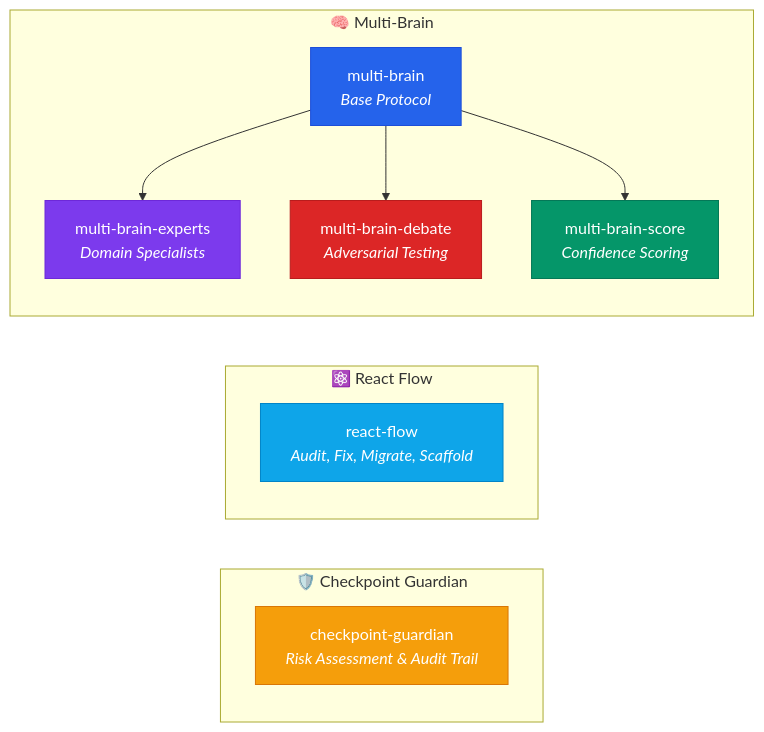
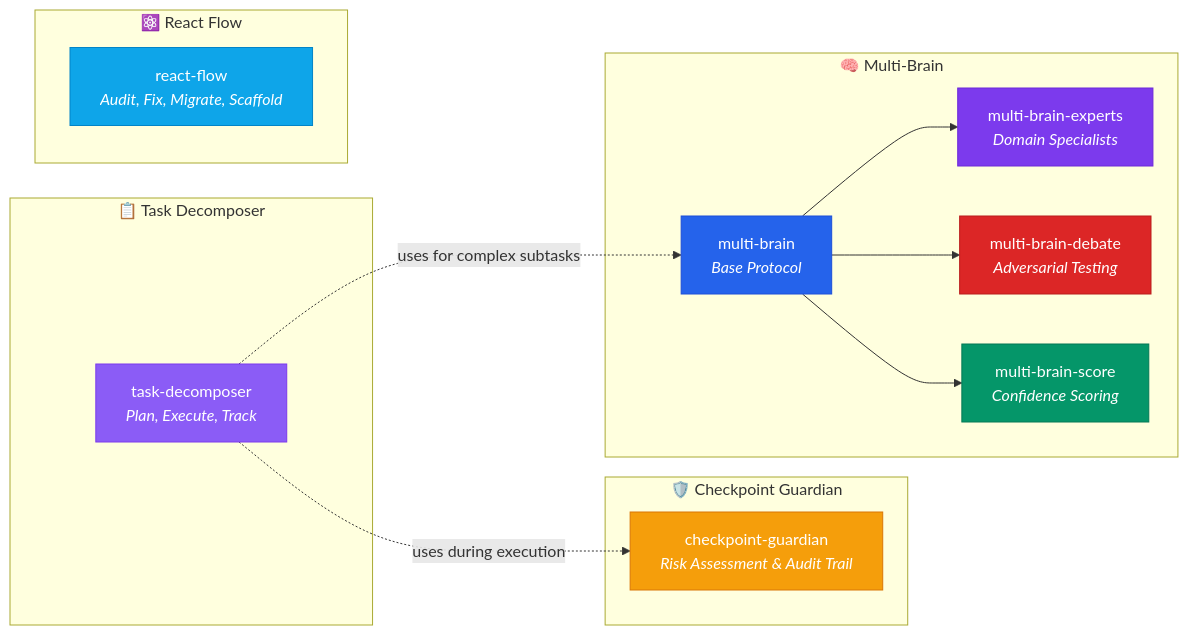
Before and after one commit to fatih-developer/fth-skills: the diagram in README.md, drawn with Mermaid. The commit also changed other lines of this file and 7 other files, not shown here.

First line of the commit message:
feat(skill): add task-decomposer curated skill

````diff
--- a/README.md
+++ b/README.md
@@ -55,24 +56,32 @@
 ```mermaid
 graph LR
     subgraph "🛡️ Checkpoint Guardian"
         CG["checkpoint-guardian<br/><i>Risk Assessment & Audit Trail</i>"]
+    end
+
+    subgraph "📋 Task Decomposer"
+        TD["task-decomposer<br/><i>Plan, Execute, Track</i>"]
     end
 
     subgraph "⚛️ React Flow"
         RF["react-flow<br/><i>Audit, Fix, Migrate, Scaffold</i>"]
     end
 
     subgraph "🧠 Multi-Brain"
         MB["multi-brain<br/><i>Base Protocol</i>"]
         MB --> MBE["multi-brain-experts<br/><i>Domain Specialists</i>"]
         MB --> MBD["multi-brain-debate<br/><i>Adversarial Testing</i>"]
         MB --> MBS["multi-brain-score<br/><i>Confidence Scoring</i>"]
     end
 
+    TD -.->|"uses during execution"| CG
+    TD -.->|"uses for complex subtasks"| MB
+
     style CG fill:#f59e0b,stroke:#d97706,color:#fff
+    style TD fill:#8b5cf6,stroke:#7c3aed,color:#fff
     style RF fill:#0ea5e9,stroke:#0284c7,color:#fff
     style MB fill:#2563eb,stroke:#1d4ed8,color:#fff
     style MBE fill:#7c3aed,stroke:#6d28d9,color:#fff
     style MBD fill:#dc2626,stroke:#b91c1c,color:#fff
     style MBS fill:#059669,stroke:#047857,color:#fff
 ```
````
